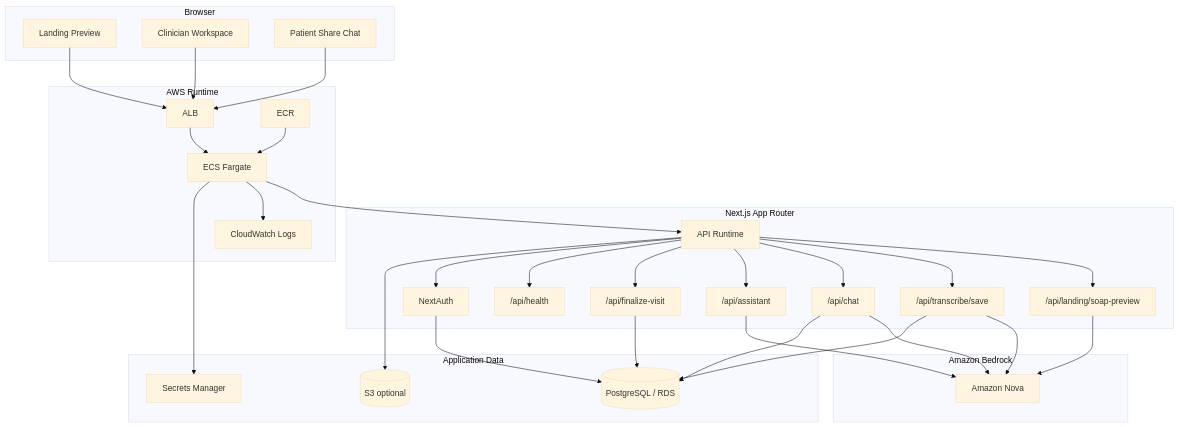
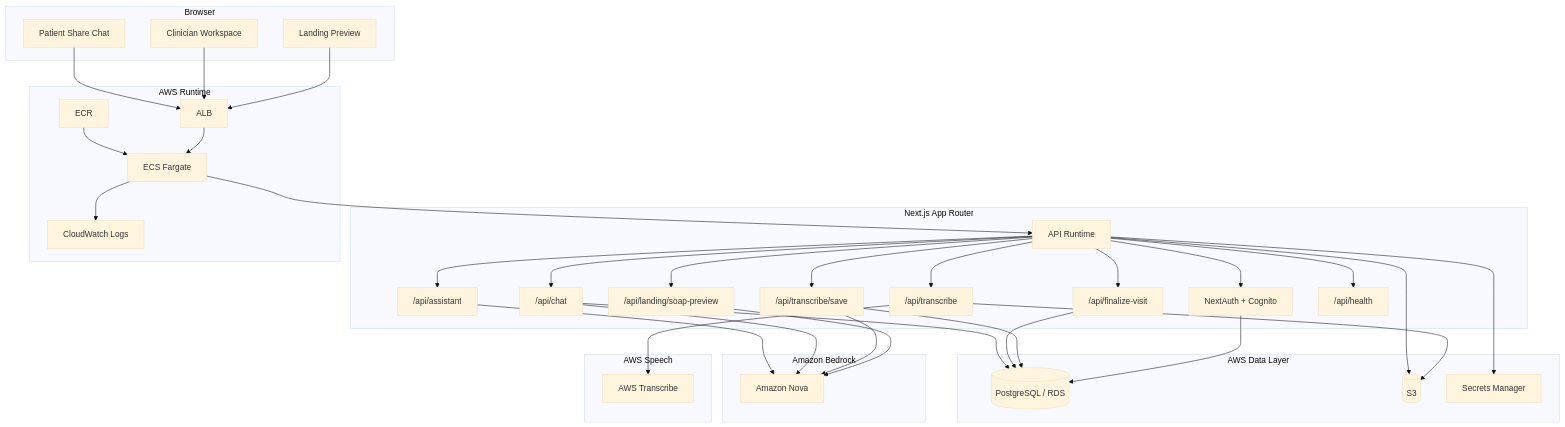
The diagram in AWS_AMAZON_NOVA_INTEGRATION_DEEP_DIVE.md (Manoj7ar/Synth-Hackathon), drawn with Mermaid (base theme) before and after one commit. The commit also changed other lines of this file and 21 other files, not shown here.

Commit message:
Implement AWS-native auth, transcription, and deployment updates

````diff
--- a/AWS_AMAZON_NOVA_INTEGRATION_DEEP_DIVE.md
+++ b/AWS_AMAZON_NOVA_INTEGRATION_DEEP_DIVE.md
@@ -37,61 +65,74 @@
 ```mermaid
 flowchart TB
   subgraph Browser[Browser]
     LANDING[Landing Preview]
     CLINICIAN[Clinician Workspace]
     PATIENT[Patient Share Chat]
   end
 
   subgraph APP[Next.js App Router]
     APP_RUNTIME[API Runtime]
+    AUTH[NextAuth + Cognito]
     PREVIEW["/api/landing/soap-preview"]
+    TRANSCRIBE["/api/transcribe"]
     SAVE["/api/transcribe/save"]
     CHAT["/api/chat"]
     ASSIST["/api/assistant"]
     FINALIZE["/api/finalize-visit"]
     HEALTH["/api/health"]
-    AUTH[NextAuth]
   end
 
   subgraph AI[Amazon Bedrock]
     NOVA[Amazon Nova]
   end
 
-  subgraph DATA[Application Data]
+  subgraph SPEECH[AWS Speech]
+    TRANSCRIBE_SVC[AWS Transcribe]
+  end
+
+  subgraph DATA[AWS Data Layer]
     RDS[(PostgreSQL / RDS)]
-    S3[(S3 optional)]
+    S3[(S3)]
     SECRETS[Secrets Manager]
   end
 
   subgraph RUNTIME[AWS Runtime]
     ALB[ALB]
     ECS[ECS Fargate]
     ECR[ECR]
     CW[CloudWatch Logs]
   end
 
   LANDING --> ALB
   CLINICIAN --> ALB
   PATIENT --> ALB
   ALB --> ECS
   ECS --> APP_RUNTIME
+
+  APP_RUNTIME --> AUTH
   APP_RUNTIME --> PREVIEW
+  APP_RUNTIME --> TRANSCRIBE
   APP_RUNTIME --> SAVE
   APP_RUNTIME --> CHAT
   APP_RUNTIME --> ASSIST
   APP_RUNTIME --> FINALIZE
   APP_RUNTIME --> HEALTH
-  APP_RUNTIME --> AUTH
+
   PREVIEW --> NOVA
   SAVE --> NOVA
   CHAT --> NOVA
   ASSIST --> NOVA
+
+  TRANSCRIBE --> S3
+  TRANSCRIBE --> TRANSCRIBE_SVC
+
+  AUTH --> RDS
+  SAVE --> RDS
   FINALIZE --> RDS
   CHAT --> RDS
-  SAVE --> RDS
-  AUTH --> RDS
+
+  APP_RUNTIME --> SECRETS
   APP_RUNTIME --> S3
   ECS --> CW
-  ECS --> SECRETS
   ECR --> ECS
 ```
````
